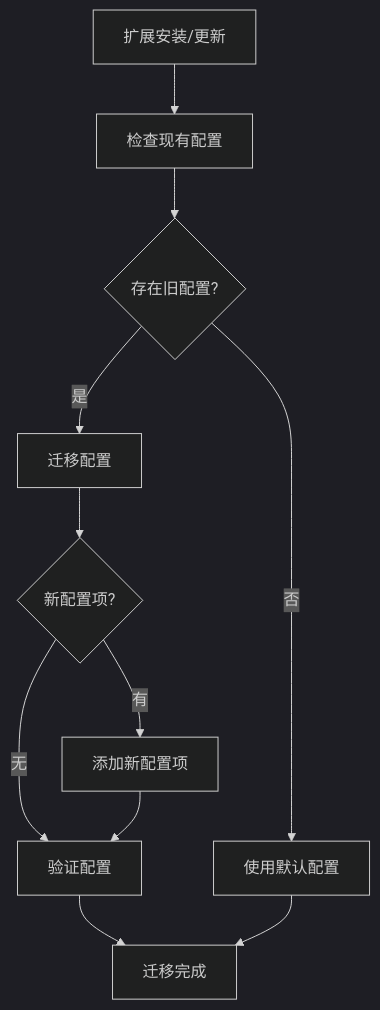
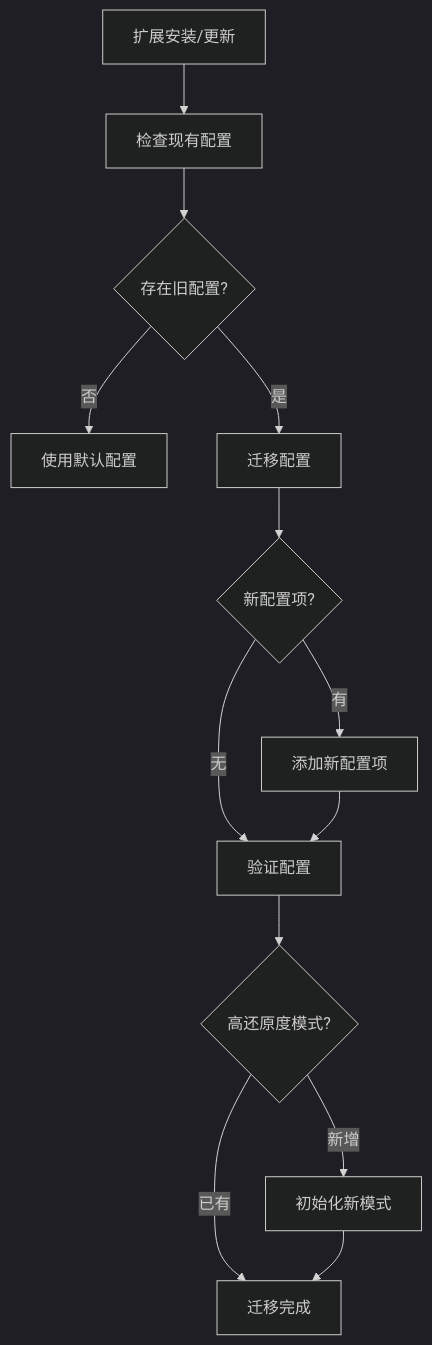
One commit to binasi/Img2Prompt changed diagram 11 of 11 in .qoder/repowiki/zh/content/技术架构/核心模块分析/配置管理模块 (config.js).md. Above: the diagram before and after it, drawn with Mermaid (dark theme). The commit also changed other lines of this file and 7 other files, not shown here.

````diff
--- a/.qoder/repowiki/zh/content/技术架构/核心模块分析/配置管理模块 (config.js).md
+++ b/.qoder/repowiki/zh/content/技术架构/核心模块分析/配置管理模块 (config.js).md
@@ -526,13 +602,15 @@
 ```mermaid
 flowchart TD
 Install[扩展安装/更新] --> Check[检查现有配置]
 Check --> HasConfig{存在旧配置?}
 HasConfig --> |否| Default[使用默认配置]
 HasConfig --> |是| Migrate[迁移配置]
 Migrate --> NewKeys{新配置项?}
 NewKeys --> |有| AddKeys[添加新配置项]
 NewKeys --> |无| Validate[验证配置]
 AddKeys --> Validate
-Validate --> Complete[迁移完成]
-Default --> Complete
+Validate --> RecreateMode{高还原度模式?}
+RecreateMode --> |新增| InitMode[初始化新模式]
+RecreateMode --> |已有| Complete[迁移完成]
+InitMode --> Complete
 ```
````
